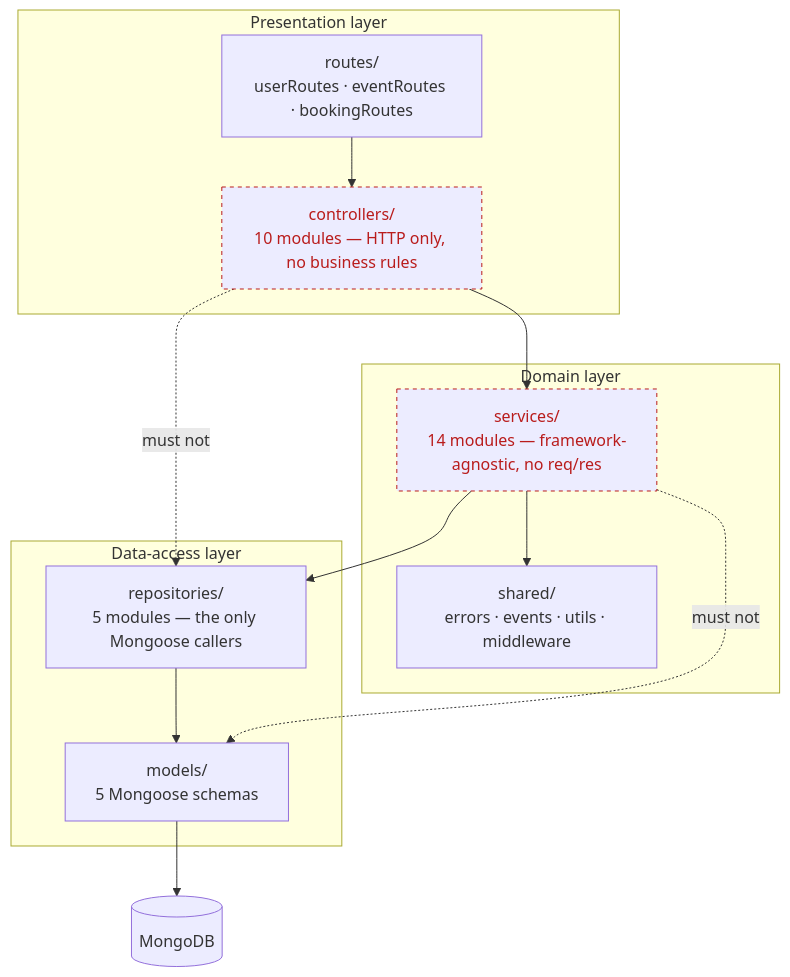
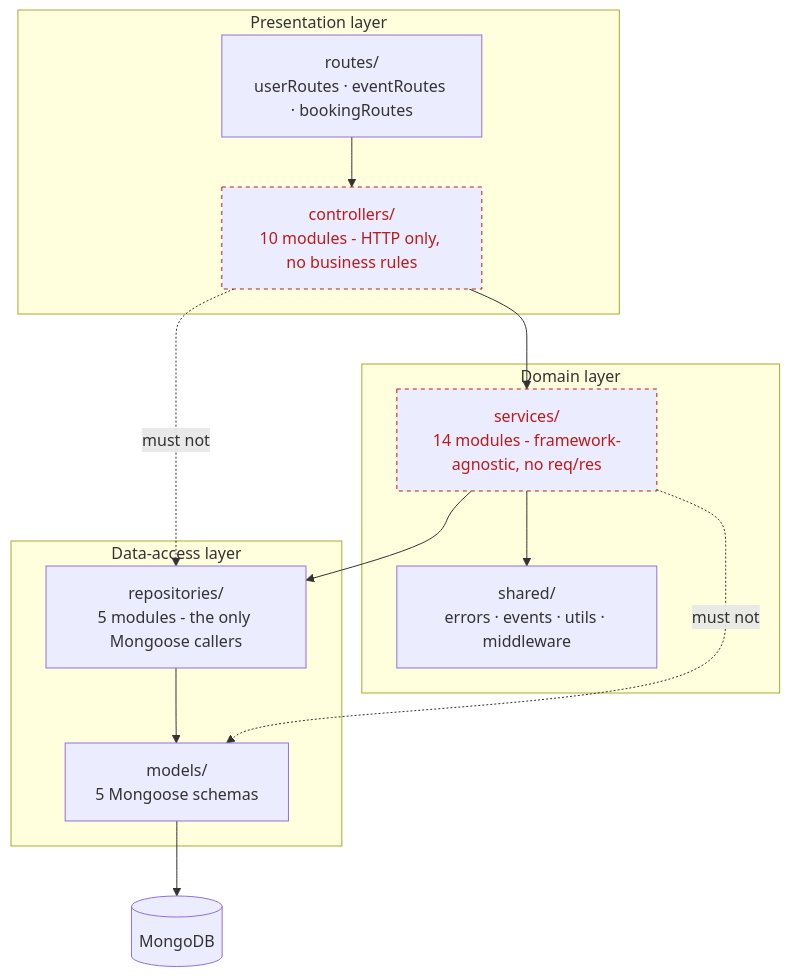
The fifth of 8 diagrams in docs/design-models.md (dLuxKid/ticketflow), drawn with Mermaid before and after one commit. The commit also changed other lines of this file and 191 other files, not shown here.

````diff
--- a/docs/design-models.md
+++ b/docs/design-models.md
@@ -198,32 +198,32 @@
 ```mermaid
 flowchart TD
     subgraph presentation["Presentation layer"]
         R["routes/<br/>userRoutes · eventRoutes · bookingRoutes"]
-        C["controllers/<br/>10 modules — HTTP only, no business rules"]
+        C["controllers/<br/>10 modules - HTTP only, no business rules"]
     end
 
     subgraph domain["Domain layer"]
-        S["services/<br/>14 modules — framework-agnostic, no req/res"]
+        S["services/<br/>14 modules - framework-agnostic, no req/res"]
         SH["shared/<br/>errors · events · utils · middleware"]
     end
 
     subgraph data["Data-access layer"]
-        RE["repositories/<br/>5 modules — the only Mongoose callers"]
+        RE["repositories/<br/>5 modules - the only Mongoose callers"]
         M["models/<br/>5 Mongoose schemas"]
     end
 
     EXT[("MongoDB")]
 
     R --> C
     C --> S
     S --> RE
     S --> SH
     RE --> M
     M --> EXT
 
     C -. "must not" .-> RE
     S -. "must not" .-> M
 
     classDef forbidden stroke-dasharray: 4 4,stroke:#b91c1c,color:#b91c1c
     class C,S forbidden
 ```
````
